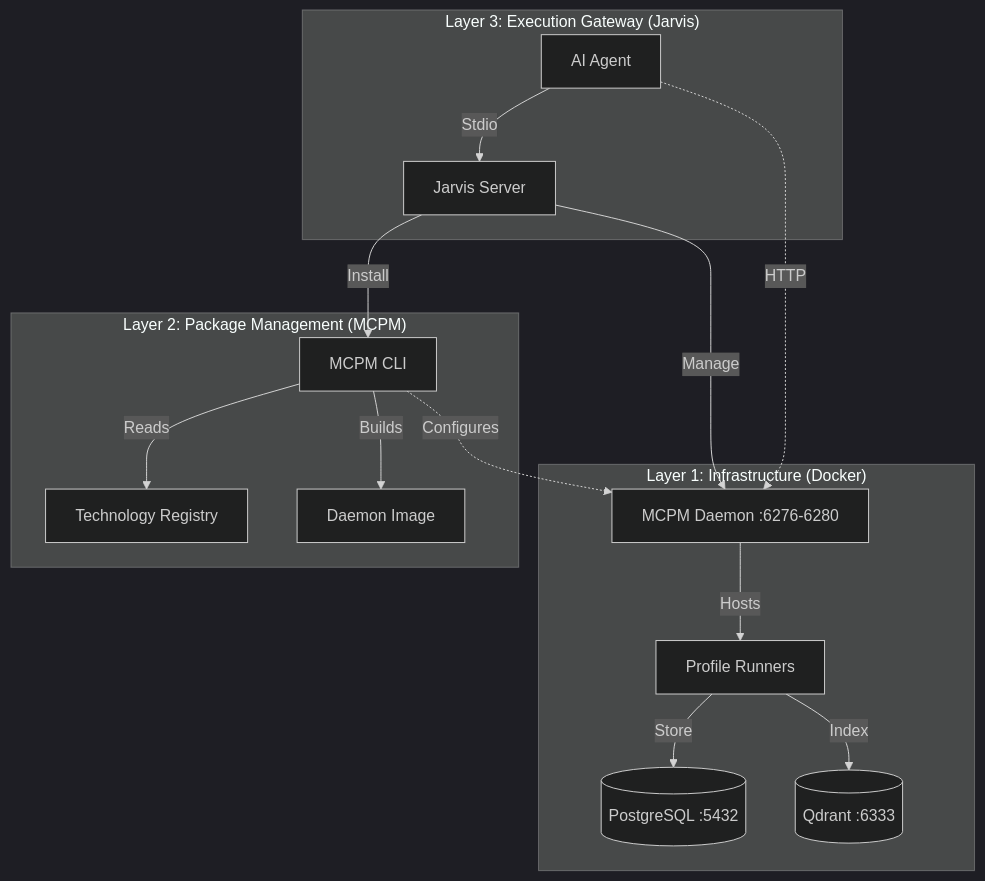
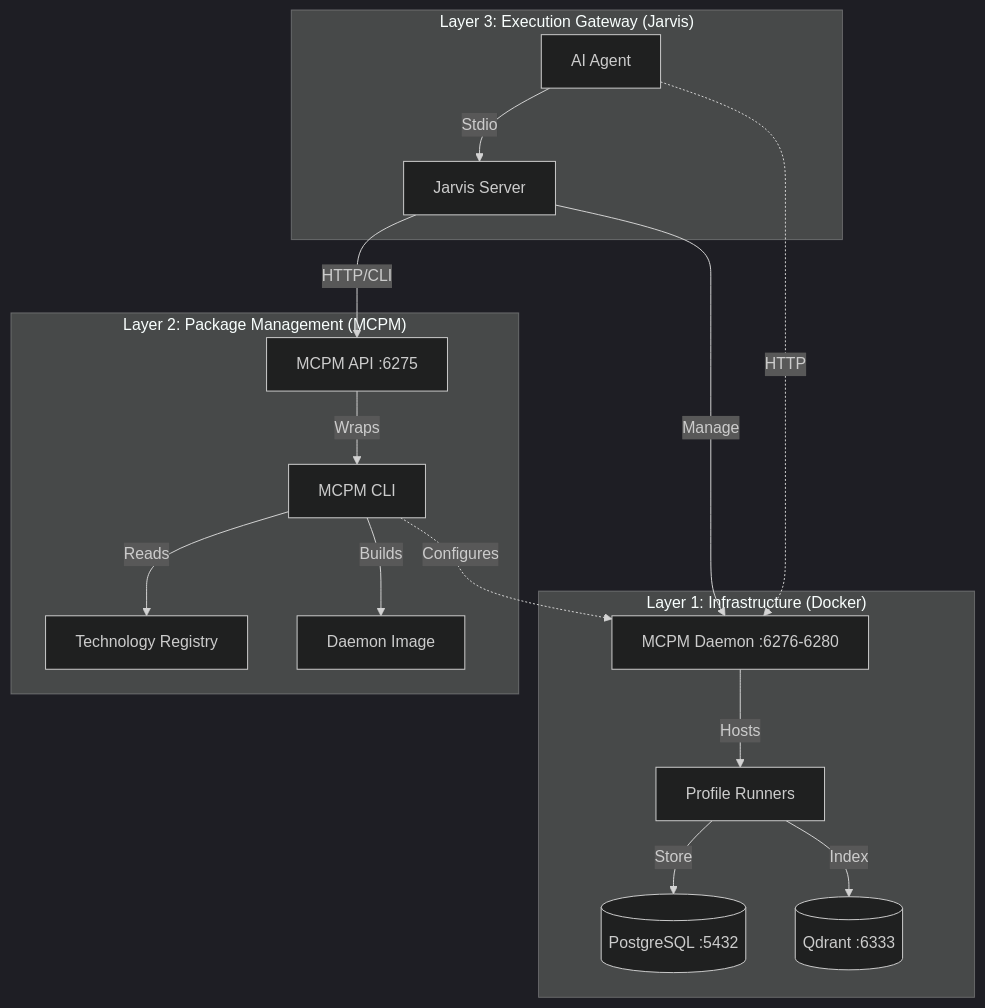
Before and after one commit to JRedeker/Jarvis-mcpm: the diagram in docs/TECHNICAL_ARCHITECTURE.md, drawn with Mermaid (dark theme). The commit also changed other lines of this file and 71 other files, not shown here.

````diff
--- a/docs/TECHNICAL_ARCHITECTURE.md
+++ b/docs/TECHNICAL_ARCHITECTURE.md
@@ -10,22 +11,23 @@
 ```mermaid
 graph TD
     subgraph "Layer 1: Infrastructure (Docker)"
         Daemon[MCPM Daemon :6276-6280] -->|Hosts| Profiles[Profile Runners]
         Profiles -->|Store| DB[(PostgreSQL :5432)]
         Profiles -->|Index| Vector[(Qdrant :6333)]
     end
 
     subgraph "Layer 2: Package Management (MCPM)"
         MCPM_CLI[MCPM CLI] -->|Reads| Registry[Technology Registry]
         MCPM_CLI -->|Builds| Daemon_Image[Daemon Image]
+        MCPM_API[MCPM API :6275] -->|Wraps| MCPM_CLI
     end
 
     subgraph "Layer 3: Execution Gateway (Jarvis)"
         Agent[AI Agent] -->|Stdio| Jarvis[Jarvis Server]
         Agent -.->|HTTP| Daemon
+        Jarvis -->|HTTP/CLI| MCPM_API
         Jarvis -->|Manage| Daemon
-        Jarvis -->|Install| MCPM_CLI
     end
 
     MCPM_CLI -.->|Configures| Daemon
 ```
````
